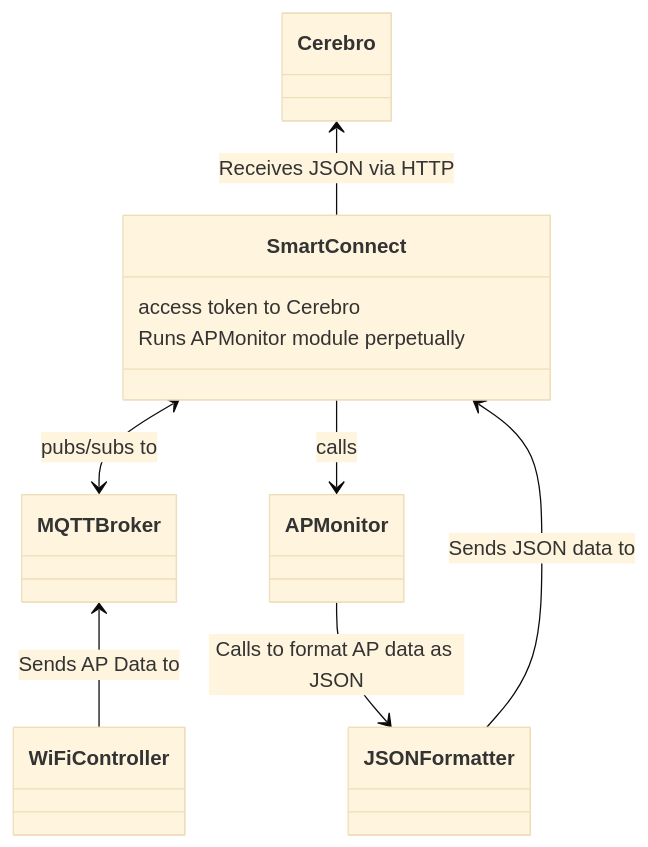
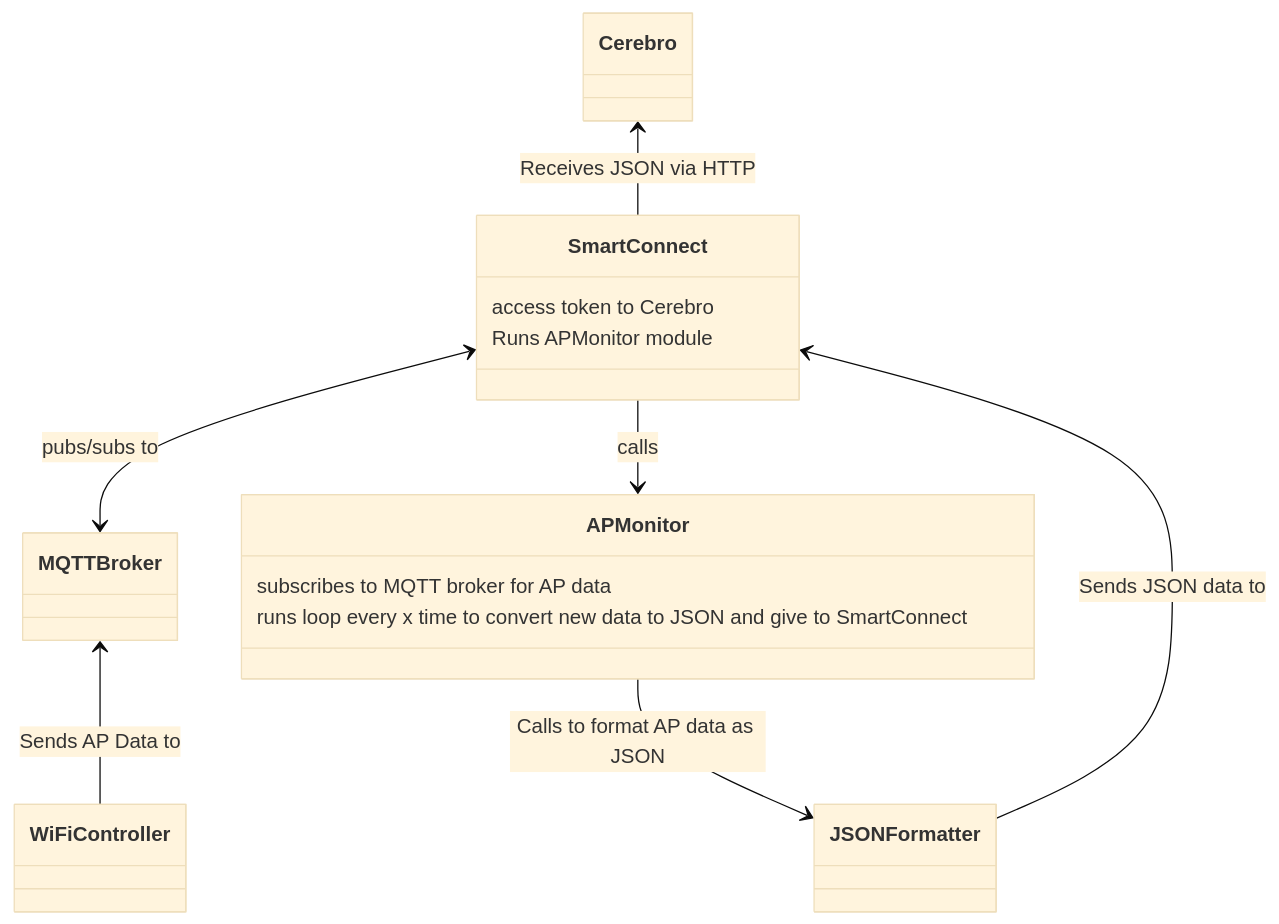
One commit to nicholasverdugo/Obsidian changed the second of 2 diagrams in ZCom AP Project.md. Above: the diagram before and after it, drawn with Mermaid (base theme).

Commit message:
vault backup: 2022-09-20 19:20:34

````diff
--- a/ZCom AP Project.md
+++ b/ZCom AP Project.md
@@ -46,14 +46,18 @@
 ```mermaid
 classDiagram
 Cerebro<--SmartConnect : Receives JSON via HTTP
 SmartConnect<-->MQTTBroker : pubs/subs to 
 SmartConnect-->APMonitor : calls
 APMonitor-->JSONFormatter : Calls to format AP data as JSON
 MQTTBroker<--WiFiController : Sends AP Data to
 JSONFormatter-->SmartConnect : Sends JSON data to
 
 class SmartConnect {
 	access token to Cerebro
-	Runs APMonitor module perpetually
+	Runs APMonitor module
+}
+class APMonitor {
+	subscribes to MQTT broker for AP data
+	runs loop every x time to convert new data to JSON and give to SmartConnect
 }
 ```
````
